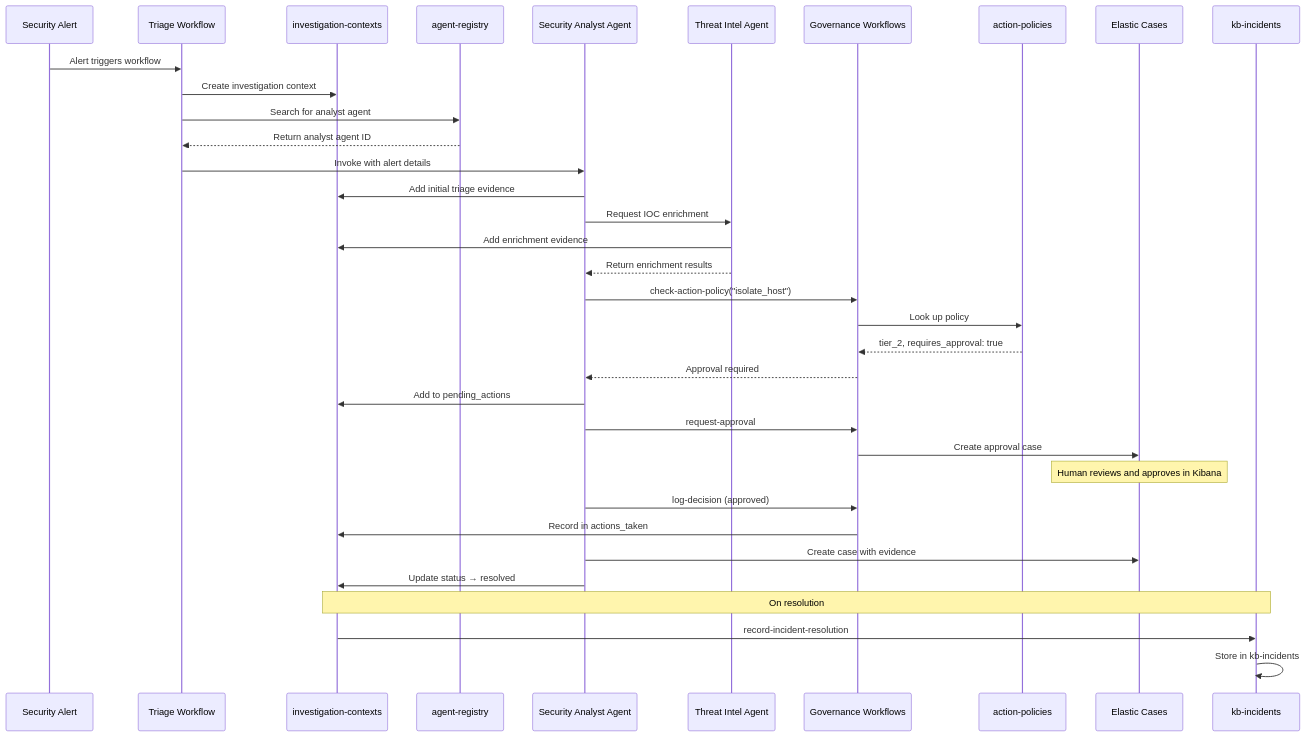
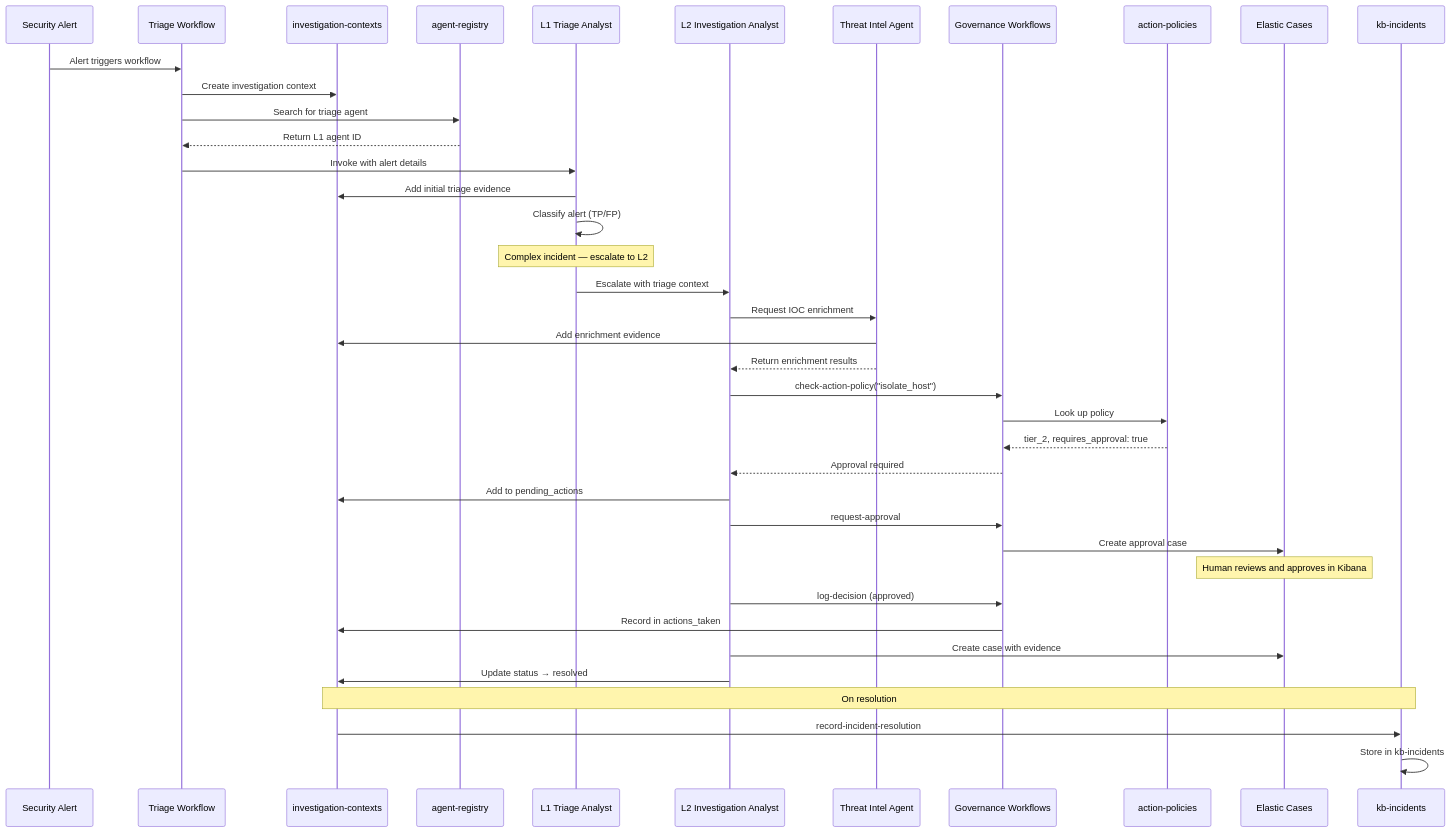
The fourth of 11 diagrams in docs/architecture-diagrams.md (one3qualsone/elastic-security-agent-mesh), drawn with Mermaid before and after one commit. The commit also changed other lines of this file and 11 other files, not shown here.

First line of the commit message:
Split Security Analyst into L1 Triage + L2 Investigation agents

````diff
--- a/docs/architecture-diagrams.md
+++ b/docs/architecture-diagrams.md
@@ -182,44 +187,49 @@
 ```mermaid
 sequenceDiagram
     participant Alert as Security Alert
     participant Triage as Triage Workflow
     participant IC as investigation-contexts
     participant Registry as agent-registry
-    participant Analyst as Security Analyst Agent
+    participant L1 as L1 Triage Analyst
+    participant L2 as L2 Investigation Analyst
     participant TI as Threat Intel Agent
     participant Gov as Governance Workflows
     participant AP as action-policies
     participant Cases as Elastic Cases
     participant KB as kb-incidents
 
     Alert->>Triage: Alert triggers workflow
     Triage->>IC: Create investigation context
-    Triage->>Registry: Search for analyst agent
-    Registry-->>Triage: Return analyst agent ID
-    Triage->>Analyst: Invoke with alert details
+    Triage->>Registry: Search for triage agent
+    Registry-->>Triage: Return L1 agent ID
+    Triage->>L1: Invoke with alert details
 
-    Analyst->>IC: Add initial triage evidence
-    Analyst->>TI: Request IOC enrichment
+    L1->>IC: Add initial triage evidence
+    L1->>L1: Classify alert (TP/FP)
+    Note over L1: Complex incident — escalate to L2
+    L1->>L2: Escalate with triage context
+
+    L2->>TI: Request IOC enrichment
     TI->>IC: Add enrichment evidence
-    TI-->>Analyst: Return enrichment results
+    TI-->>L2: Return enrichment results
 
-    Analyst->>Gov: check-action-policy("isolate_host")
+    L2->>Gov: check-action-policy("isolate_host")
     Gov->>AP: Look up policy
     AP-->>Gov: tier_2, requires_approval: true
-    Gov-->>Analyst: Approval required
+    Gov-->>L2: Approval required
 
-    Analyst->>IC: Add to pending_actions
-    Analyst->>Gov: request-approval
+    L2->>IC: Add to pending_actions
+    L2->>Gov: request-approval
     Gov->>Cases: Create approval case
     Note over Cases: Human reviews and approves in Kibana
 
-    Analyst->>Gov: log-decision (approved)
+    L2->>Gov: log-decision (approved)
     Gov->>IC: Record in actions_taken
 
-    Analyst->>Cases: Create case with evidence
-    Analyst->>IC: Update status → resolved
+    L2->>Cases: Create case with evidence
+    L2->>IC: Update status → resolved
 
     Note over IC,KB: On resolution
     IC->>KB: record-incident-resolution
     KB->>KB: Store in kb-incidents
 ```
````
